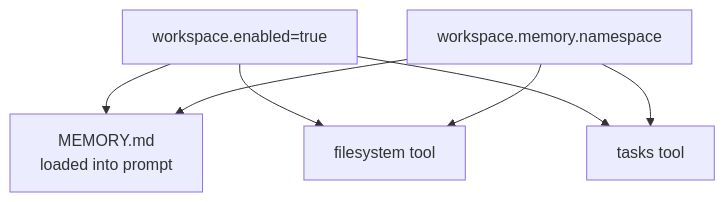
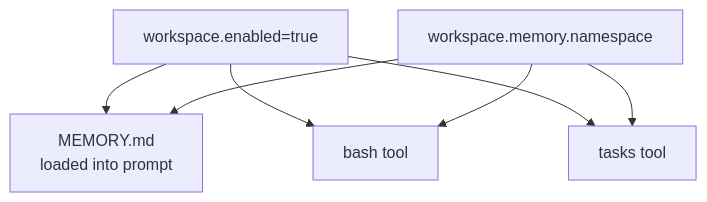
Before and after one commit to beeblastco/broods: the fifth of 6 diagrams in docs/memory-and-session.md, drawn with Mermaid. The commit also changed other lines of this file and 15 other files, not shown here.

Commit message:
fix: update the filesystem to bash tool name and update the tool description

````diff
--- a/docs/memory-and-session.md
+++ b/docs/memory-and-session.md
@@ -76,9 +76,9 @@
 ```mermaid
 flowchart TD
   Workspace["workspace.enabled=true"] --> Prompt["MEMORY.md<br/>loaded into prompt"]
-  Workspace --> Fs["filesystem tool"]
+  Workspace --> Fs["bash tool"]
   Workspace --> Tasks["tasks tool"]
   Namespace["workspace.memory.namespace"] --> Prompt
   Namespace --> Fs
   Namespace --> Tasks
 ```
````
